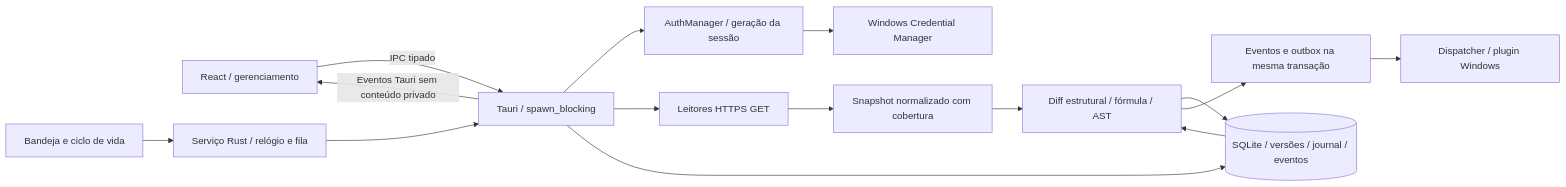
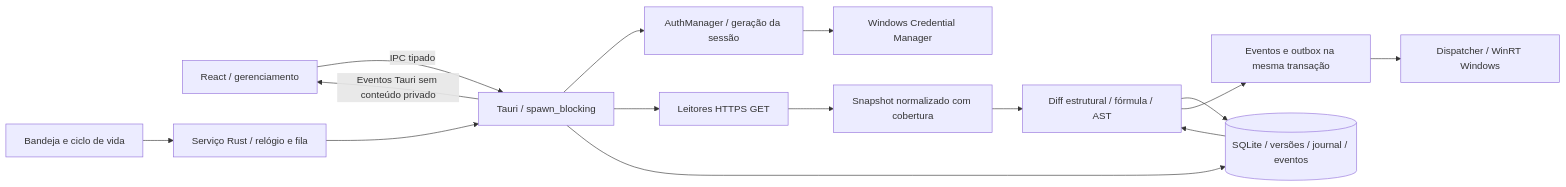
One commit to kaykyDias04/sheets_monitor changed the diagram in docs/architecture.md. Above: the diagram before and after it, drawn with Mermaid. The commit also changed other lines of this file and 118 other files, not shown here.

````diff
--- a/docs/architecture.md
+++ b/docs/architecture.md
@@ -5,17 +5,17 @@
 ```mermaid
 flowchart LR
  UI[React / gerenciamento] -->|IPC tipado| Runtime[Tauri / spawn_blocking]
  Runtime --> Auth[AuthManager / geração da sessão]
  Auth --> Vault[Windows Credential Manager]
  Runtime --> Google[Leitores HTTPS GET]
  Google --> Normalize[Snapshot normalizado com cobertura]
  Normalize --> Engine[Diff estrutural / fórmula / AST]
  DB[(SQLite / versões / journal / eventos)] --> Engine
  Engine --> DB
  Runtime --> DB
  Scheduler[Serviço Rust / relógio e fila] --> Runtime
  Engine --> Outbox[Eventos e outbox na mesma transação]
- Outbox --> Notify[Dispatcher / plugin Windows]
+ Outbox --> Notify[Dispatcher / WinRT Windows]
  Tray[Bandeja e ciclo de vida] --> Scheduler
  Runtime -->|Eventos Tauri sem conteúdo privado| UI
 ```
````
